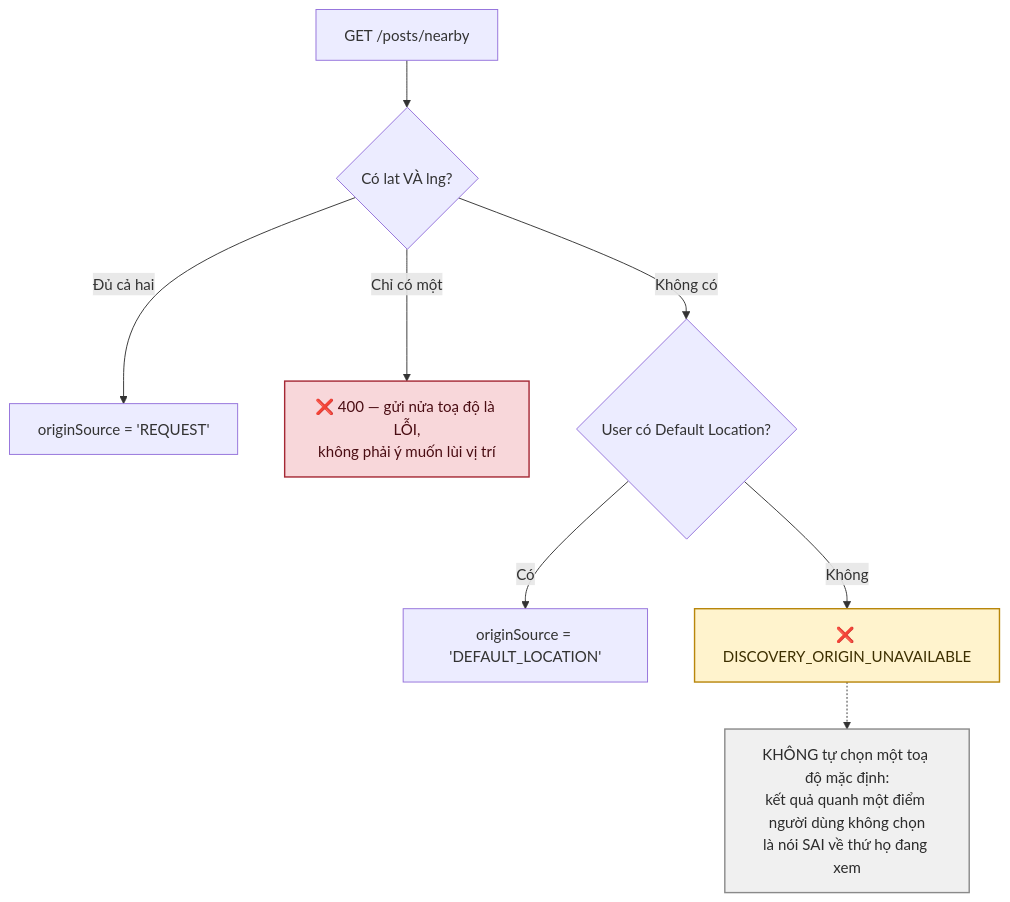
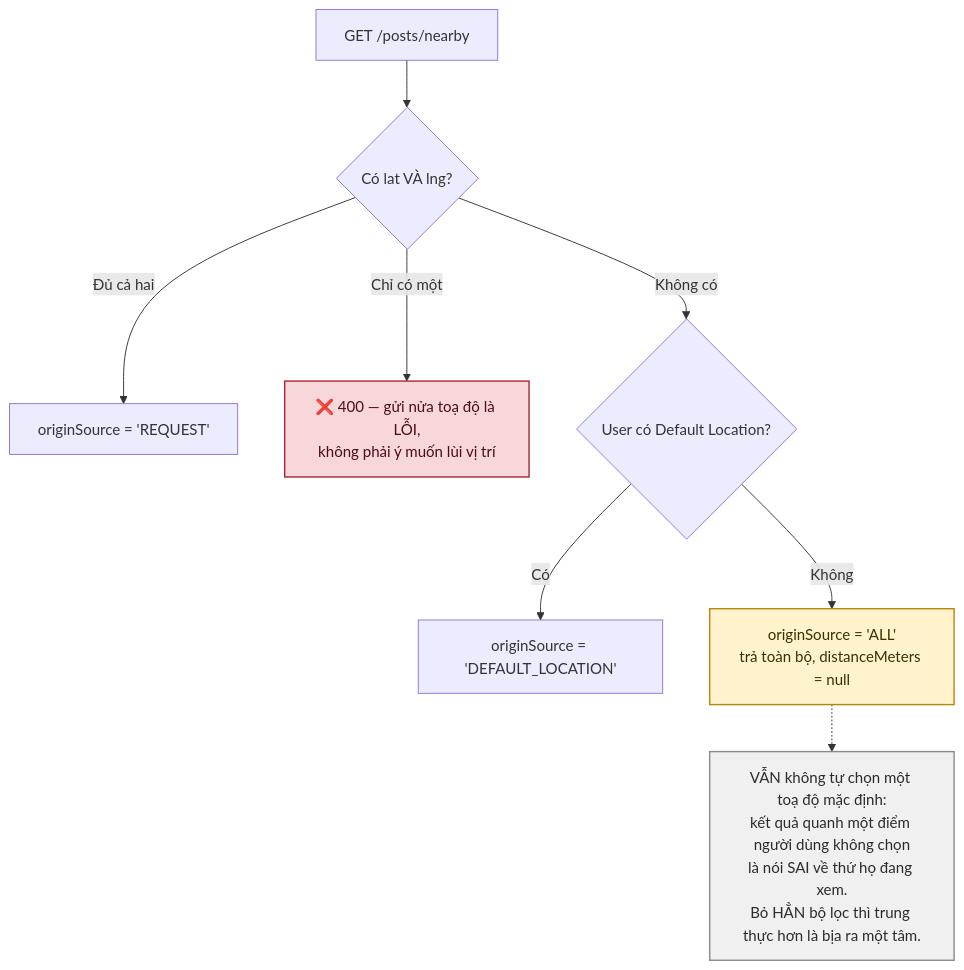
The second of 5 diagrams in docs/diagram/25-location-privacy.md (fdshn/trueheart), drawn with Mermaid before and after one commit. The commit also changed 12 other files, not shown here.

````diff
--- a/docs/diagram/25-location-privacy.md
+++ b/docs/diagram/25-location-privacy.md
@@ -32,15 +32,15 @@
 ```mermaid
 flowchart TD
     A["GET /posts/nearby"] --> B{Có lat VÀ lng?}
     B -->|Đủ cả hai| C["originSource = 'REQUEST'"]
     B -->|Chỉ có một| D["❌ 400 — gửi nửa toạ độ là LỖI,<br/>không phải ý muốn lùi vị trí"]
     B -->|Không có| E{User có Default Location?}
     E -->|Có| F["originSource = 'DEFAULT_LOCATION'"]
-    E -->|Không| G["❌ DISCOVERY_ORIGIN_UNAVAILABLE"]
+    E -->|Không| G["originSource = 'ALL'<br/>trả toàn bộ, distanceMeters = null"]
 
-    G -.-> H["KHÔNG tự chọn một toạ độ mặc định:<br/>kết quả quanh một điểm người dùng không chọn<br/>là nói SAI về thứ họ đang xem"]
+    G -.-> H["VẪN không tự chọn một toạ độ mặc định:<br/>kết quả quanh một điểm người dùng không chọn<br/>là nói SAI về thứ họ đang xem.<br/>Bỏ HẲN bộ lọc thì trung thực hơn là bịa ra một tâm."]
 
     style D fill:#f8d7da,stroke:#a52834,stroke-width:1.5px,color:#4a0d13
     style G fill:#fff3cd,stroke:#b8860b,stroke-width:1.5px,color:#3d2f00
     style H fill:#f0f0f0,stroke:#8a8a8a,stroke-width:1.5px,color:#2b2b2b
 ```
````
